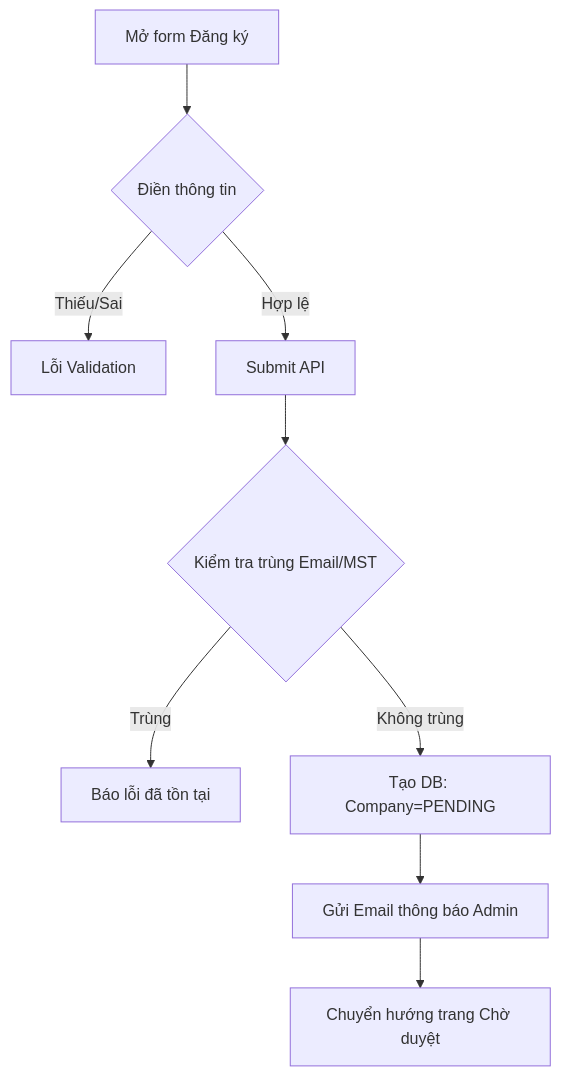
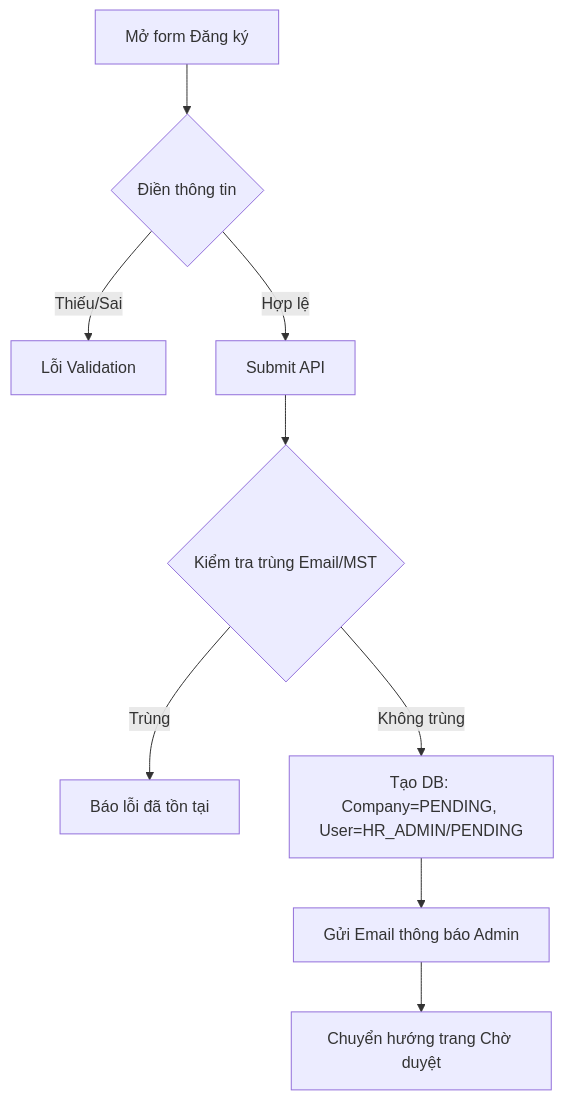
One commit to VanHaPtit/EasyTech_FE changed the diagram in nghiep_vu/epic-01_Authentication_Onboarding/user-story-02_HR_Dang_ky/user-story.md. Above: the diagram before and after it, drawn with Mermaid. The commit also changed 4 other files, not shown here.

````diff
--- a/nghiep_vu/epic-01_Authentication_Onboarding/user-story-02_HR_Dang_ky/user-story.md
+++ b/nghiep_vu/epic-01_Authentication_Onboarding/user-story-02_HR_Dang_ky/user-story.md
@@ -11,11 +11,11 @@
 ```mermaid
 graph TD
     A[Mở form Đăng ký] --> B{Điền thông tin}
     B -- Thiếu/Sai --> C[Lỗi Validation]
     B -- Hợp lệ --> D[Submit API]
     D --> E{Kiểm tra trùng Email/MST}
     E -- Trùng --> F[Báo lỗi đã tồn tại]
-    E -- Không trùng --> G[Tạo DB: Company=PENDING]
+    E -- Không trùng --> G[Tạo DB: Company=PENDING, User=HR_ADMIN/PENDING]
     G --> H[Gửi Email thông báo Admin]
     H --> I[Chuyển hướng trang Chờ duyệt]
 ```
````
